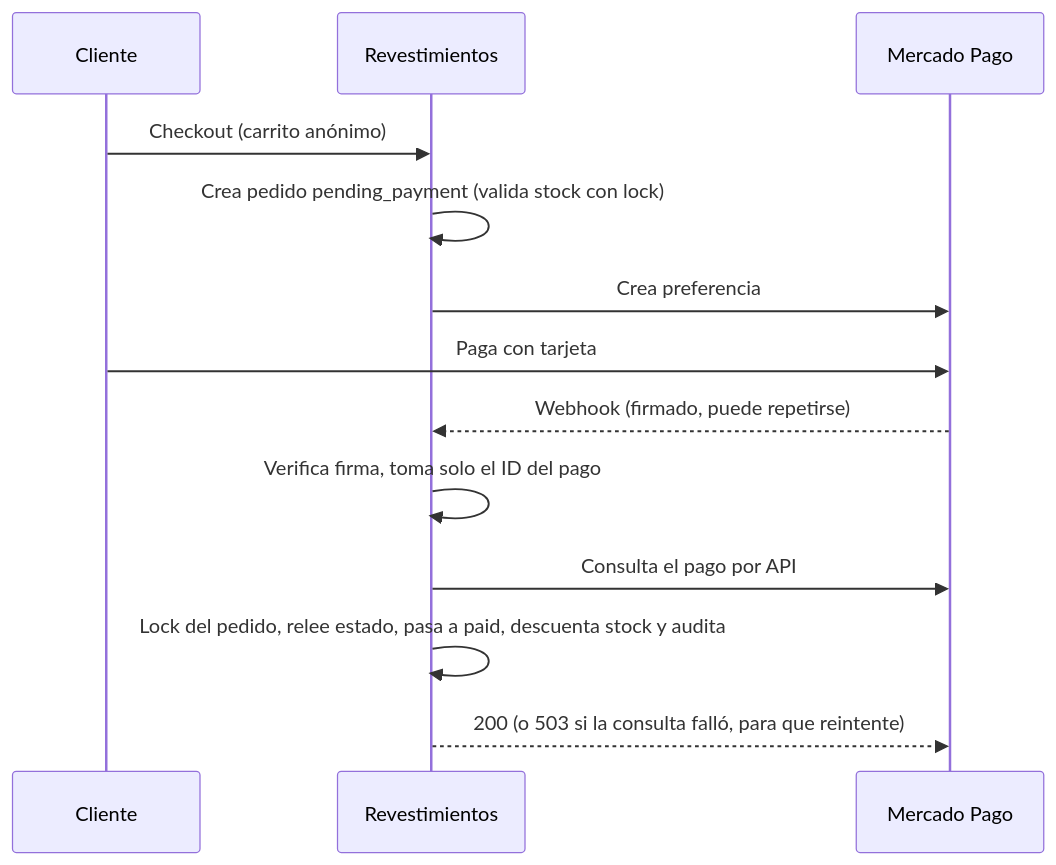
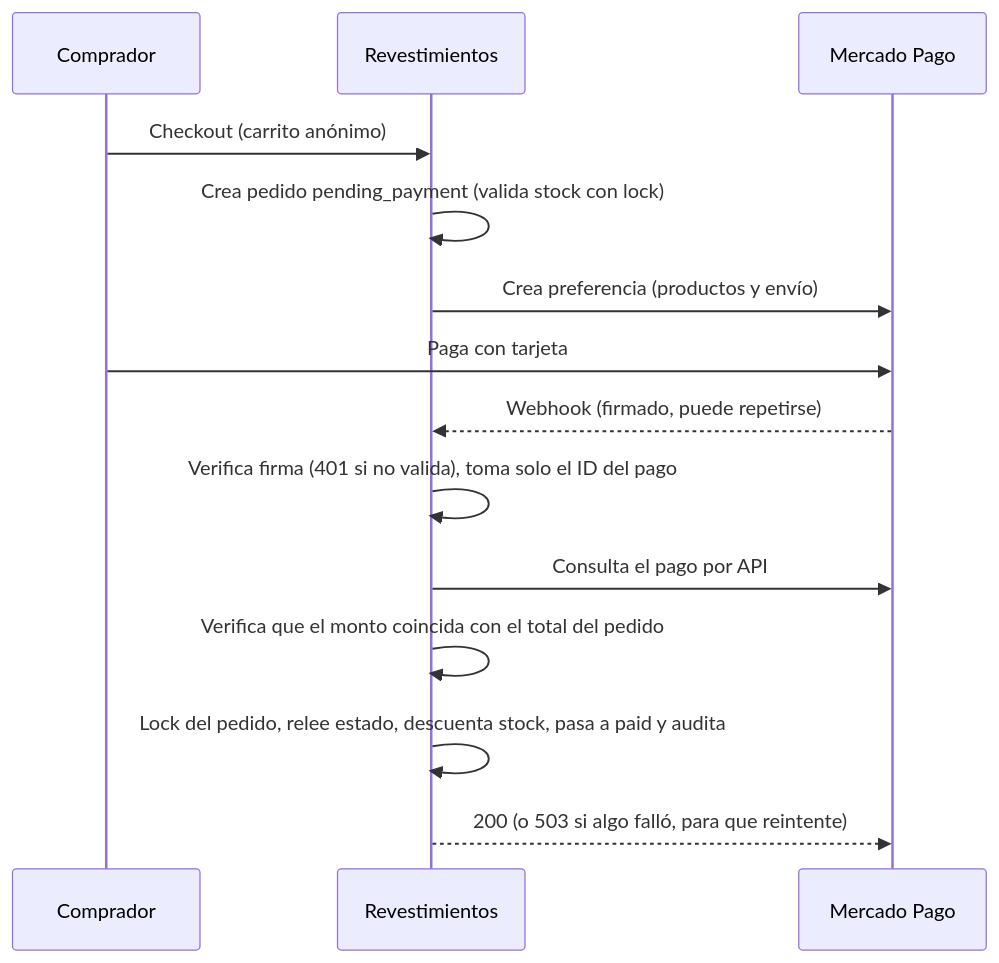
The second of 2 diagrams in README.md (gsciancalepore/revestimientos), drawn with Mermaid before and after one commit. The commit also changed other lines of this file and 1 other file, not shown here.

````diff
--- a/README.md
+++ b/README.md
@@ -89,15 +90,16 @@
 ```mermaid
 sequenceDiagram
-    participant C as Cliente
+    participant C as Comprador
     participant App as Revestimientos
     participant MP as Mercado Pago
     C->>App: Checkout (carrito anónimo)
     App->>App: Crea pedido pending_payment (valida stock con lock)
-    App->>MP: Crea preferencia
+    App->>MP: Crea preferencia (productos y envío)
     C->>MP: Paga con tarjeta
     MP-->>App: Webhook (firmado, puede repetirse)
-    App->>App: Verifica firma, toma solo el ID del pago
+    App->>App: Verifica firma (401 si no valida), toma solo el ID del pago
     App->>MP: Consulta el pago por API
-    App->>App: Lock del pedido, relee estado, pasa a paid, descuenta stock y audita
-    App-->>MP: 200 (o 503 si la consulta falló, para que reintente)
+    App->>App: Verifica que el monto coincida con el total del pedido
+    App->>App: Lock del pedido, relee estado, descuenta stock, pasa a paid y audita
+    App-->>MP: 200 (o 503 si algo falló, para que reintente)
 ```
````
